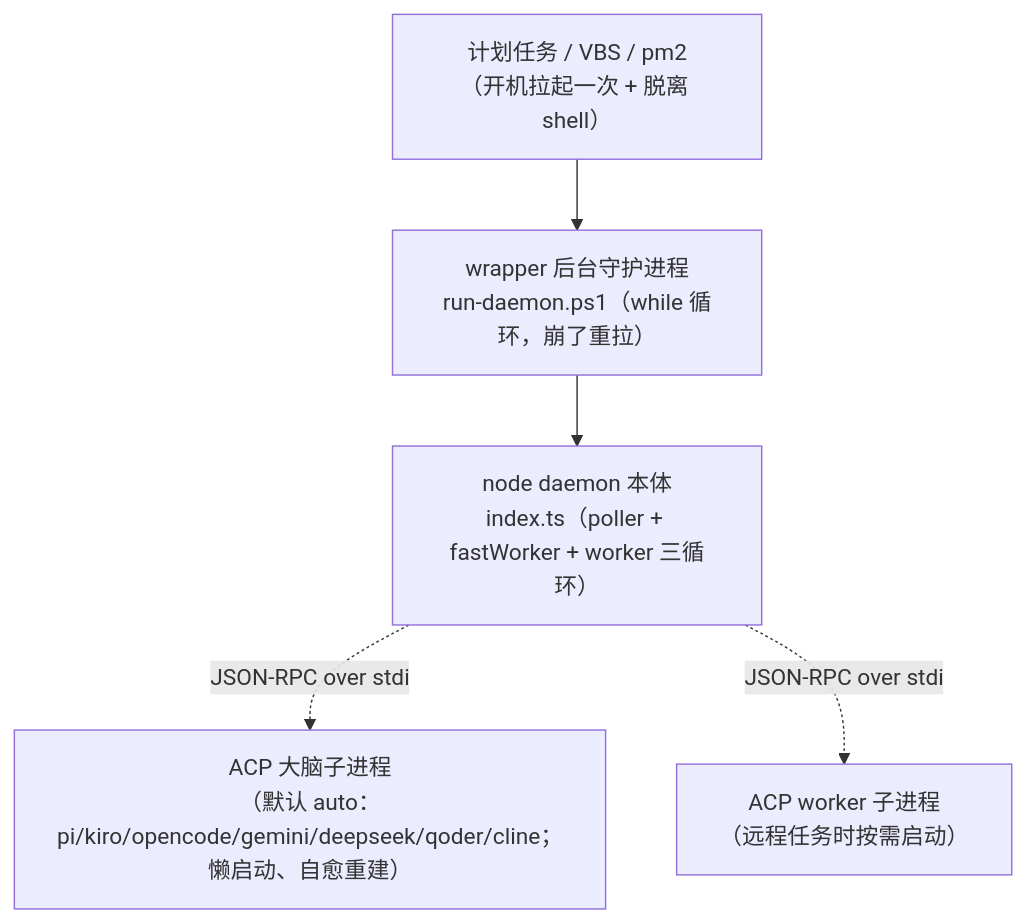
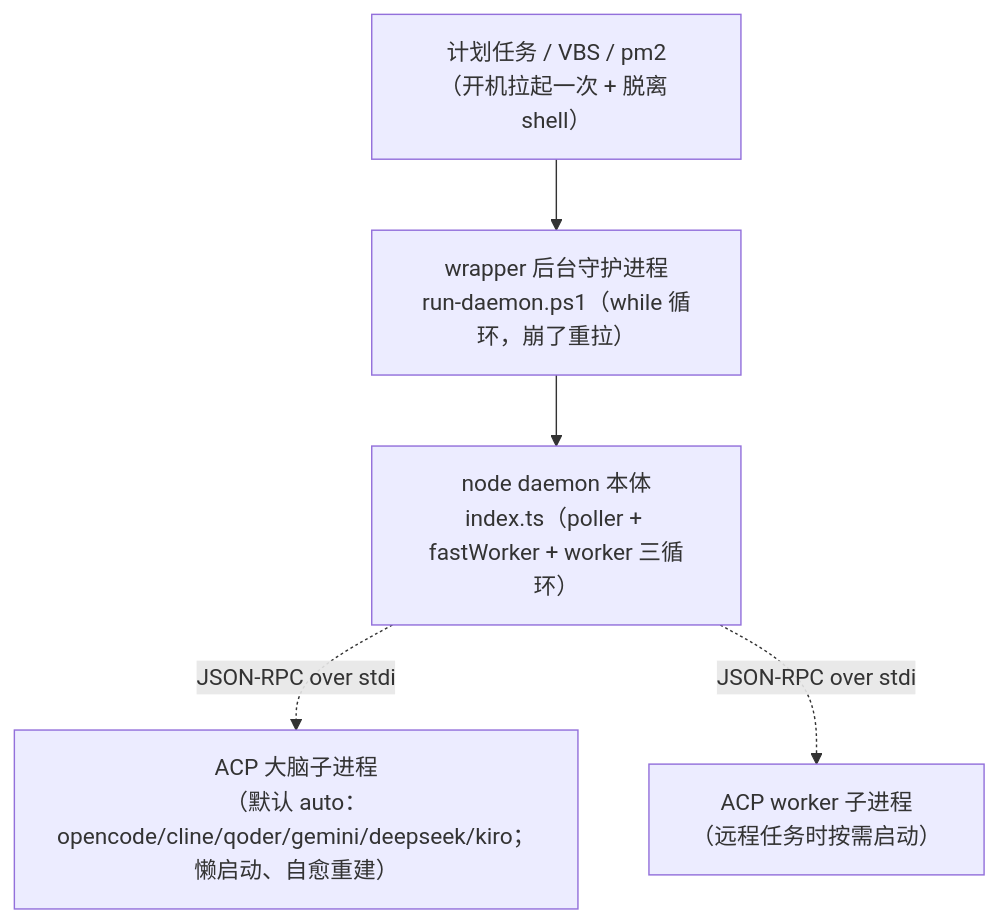
One commit to imwangpan/WeMind changed the third of 6 diagrams in docs/repowiki/02-系统架构.md. Above: the diagram before and after it, drawn with Mermaid. The commit also changed other lines of this file and 28 other files, not shown here.

First line of the commit message:
fix: auto 只探测原生 ACP，进度提示改为两档互斥

````diff
--- a/docs/repowiki/02-系统架构.md
+++ b/docs/repowiki/02-系统架构.md
@@ -88,13 +88,13 @@
 ```mermaid
 graph TD
     TRIGGER["计划任务 / VBS / pm2<br/>（开机拉起一次 + 脱离 shell）"]
     WRAPPER["wrapper 后台守护进程<br/>run-daemon.ps1（while 循环，崩了重拉）"]
     NODE["node daemon 本体<br/>index.ts（poller + fastWorker + worker 三循环）"]
-    BRAINP["ACP 大脑子进程<br/>（默认 auto：pi/kiro/opencode/gemini/deepseek/qoder/cline；懒启动、自愈重建）"]
+    BRAINP["ACP 大脑子进程<br/>（默认 auto：opencode/cline/qoder/gemini/deepseek/kiro；懒启动、自愈重建）"]
     WORKERP["ACP worker 子进程<br/>（远程任务时按需启动）"]
 
     TRIGGER --> WRAPPER
     WRAPPER --> NODE
     NODE -.JSON-RPC over stdio.-> BRAINP
     NODE -.JSON-RPC over stdio.-> WORKERP
 ```
````
